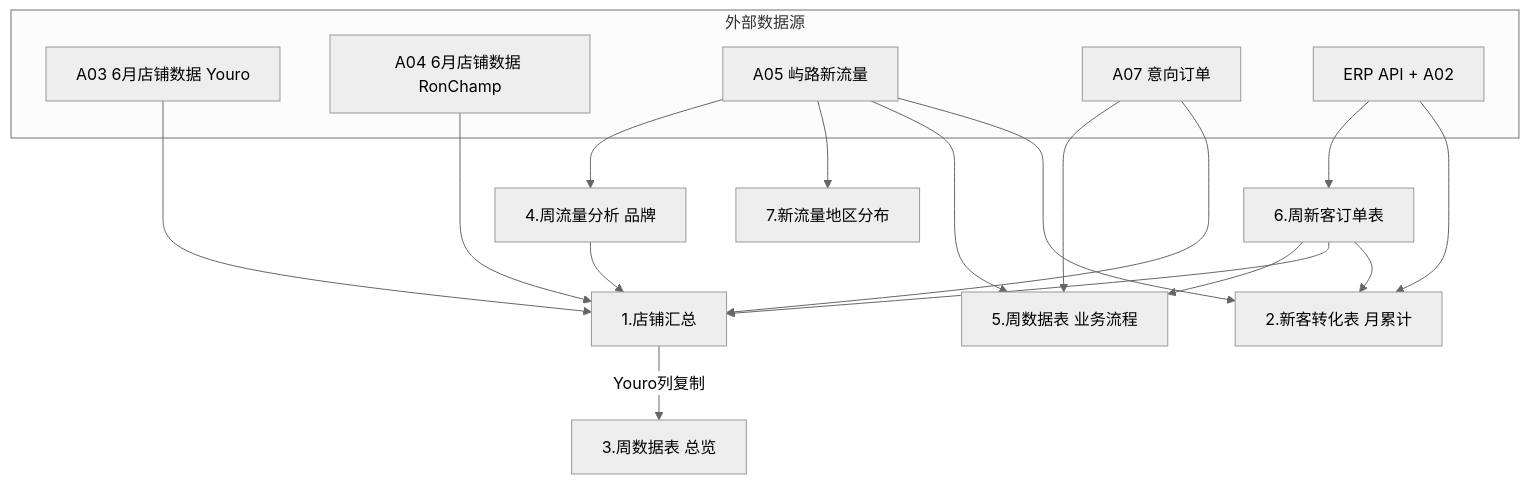
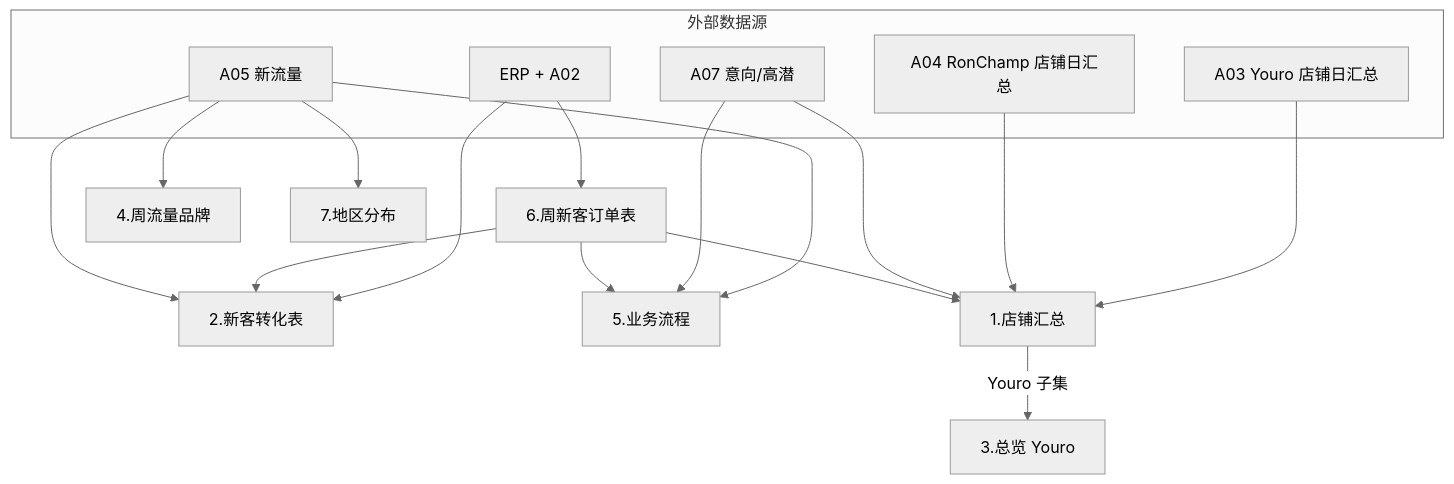
Before and after one commit to mufengxuxu/youro-data: the diagram in docs/Youro周分析表-Sheet依赖与填表顺序.md, drawn with Mermaid (neutral theme). The commit also changed other lines of this file and 5 other files, not shown here.

````diff
--- a/docs/Youro周分析表-Sheet依赖与填表顺序.md
+++ b/docs/Youro周分析表-Sheet依赖与填表顺序.md
@@ -160,35 +61,33 @@
 ```mermaid
 flowchart TB
   subgraph sources [外部数据源]
-    A03[A03 6月店铺数据 Youro]
-    A04[A04 6月店铺数据 RonChamp]
-    A05[A05 屿路新流量]
-    A07[A07 意向订单]
-    API[ERP API + A02]
+    A03[A03 Youro 店铺日汇总]
+    A04[A04 RonChamp 店铺日汇总]
+    A05[A05 新流量]
+    A07[A07 意向/高潜]
+    API[ERP + A02]
   end
 
   S6[6.周新客订单表]
-  S4[4.周流量分析 品牌]
-  S7[7.新流量地区分布]
-  S2[2.新客转化表 月累计]
-  S5[5.周数据表 业务流程]
+  S4[4.周流量品牌]
+  S7[7.地区分布]
+  S2[2.新客转化表]
+  S5[5.业务流程]
   S1[1.店铺汇总]
-  S3[3.周数据表 总览]
+  S3[3.总览 Youro]
 
   API --> S6
   API --> S2
   A05 --> S4
   A05 --> S7
   A05 --> S5
   A07 --> S5
   A03 --> S1
   A04 --> S1
   A07 --> S1
-
   S6 --> S5
   S6 --> S1
-  S4 --> S1
-  S1 -->|Youro列复制| S3
   S6 --> S2
   A05 --> S2
+  S1 -->|Youro 子集| S3
 ```
````
